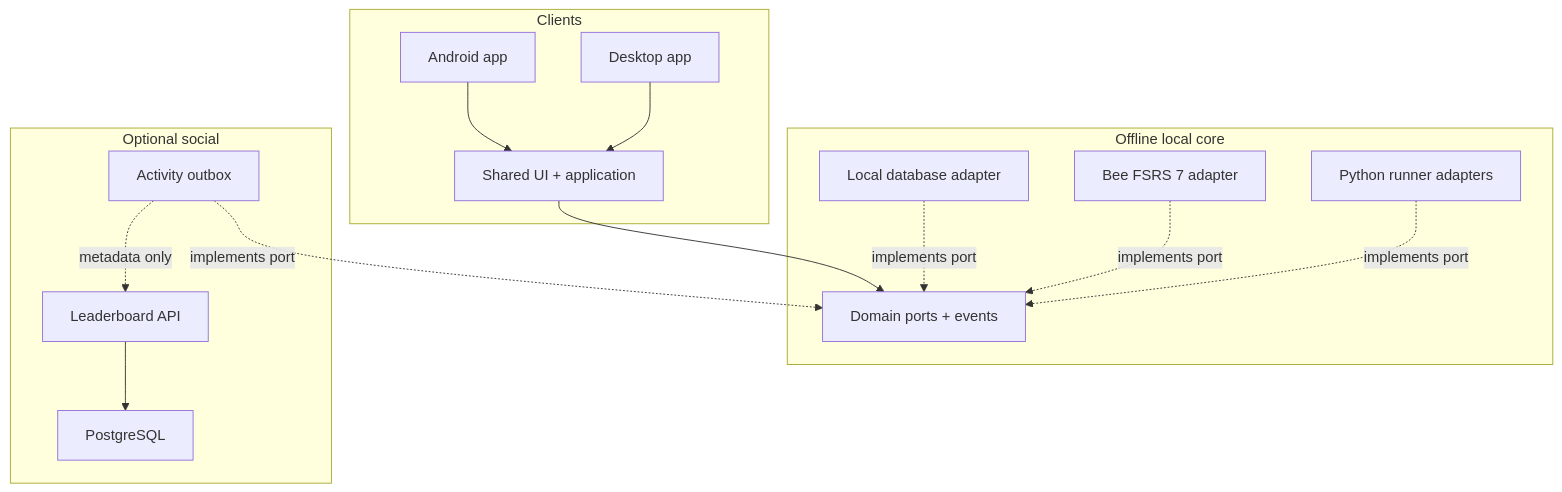
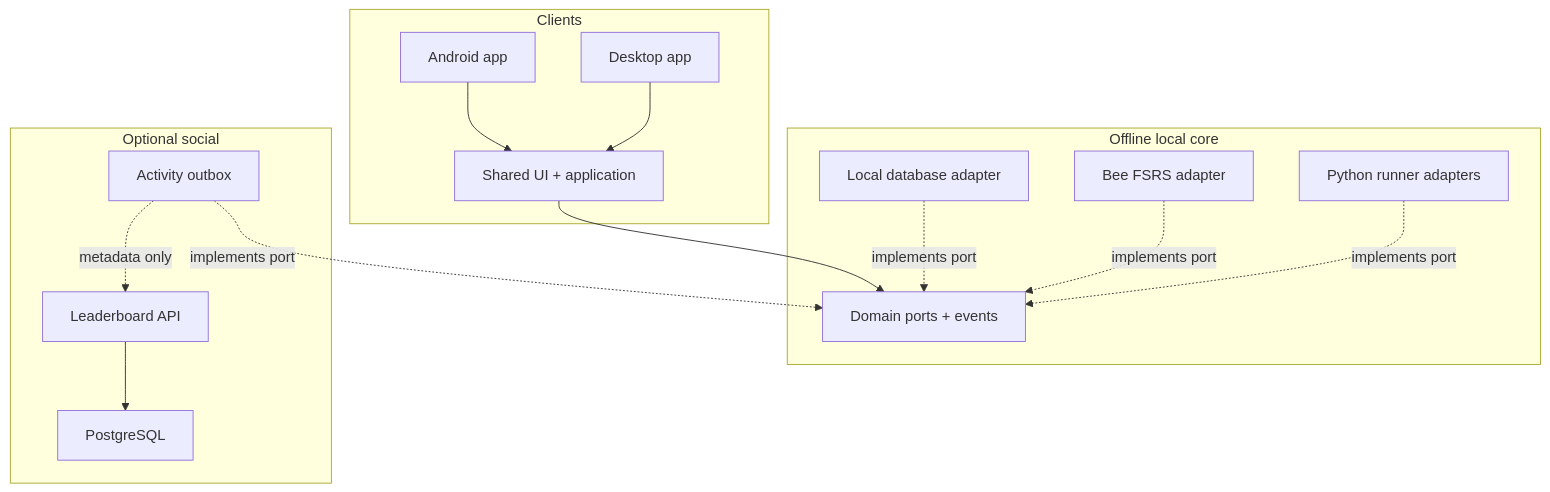
Before and after one commit to bee-san/BeeCode: the diagram in goals/01-architecture-foundations.md, drawn with Mermaid. The commit also changed 7 other files, not shown here.

````diff
--- a/goals/01-architecture-foundations.md
+++ b/goals/01-architecture-foundations.md
@@ -9,28 +9,28 @@
 ```mermaid
 flowchart TD
     subgraph Clients
         Android["Android app"]
         Desktop["Desktop app"]
         Shared["Shared UI + application"]
     end
     subgraph LocalCore["Offline local core"]
         Domain["Domain ports + events"]
         Store["Local database adapter"]
-        FSRS["Bee FSRS 7 adapter"]
+        FSRS["Bee FSRS adapter"]
         Runner["Python runner adapters"]
     end
     subgraph OptionalSocial["Optional social"]
         Outbox["Activity outbox"]
         API["Leaderboard API"]
         Postgres["PostgreSQL"]
     end
     Android --> Shared
     Desktop --> Shared
     Shared --> Domain
     Store -. "implements port" .-> Domain
     FSRS -. "implements port" .-> Domain
     Runner -. "implements port" .-> Domain
     Outbox -. "implements port" .-> Domain
     Outbox -. "metadata only" .-> API
     API --> Postgres
 ```
````
